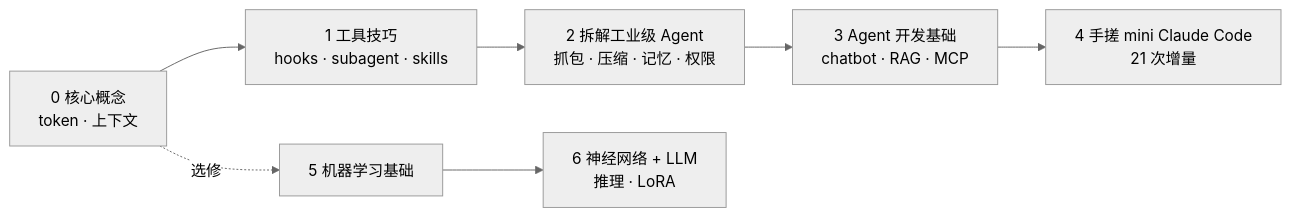
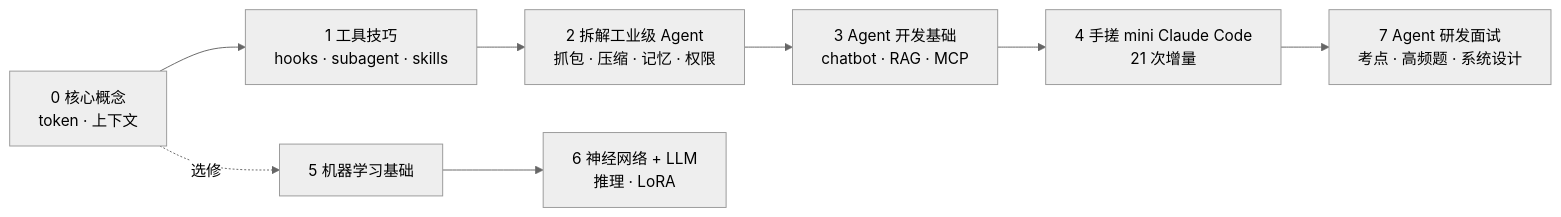
Before and after one commit to advence-liz/agent-learning: the diagram in README.md, drawn with Mermaid (neutral theme). The commit also changed other lines of this file and 13 other files, not shown here.

First line of the commit message:
新增第 7 部分「Agent 研发面试」与 Agent 安全章

````diff
--- a/README.md
+++ b/README.md
@@ -12,8 +12,9 @@
 ```mermaid
 flowchart LR
   P0["0 核心概念<br/>token · 上下文"] --> P1["1 工具技巧<br/>hooks · subagent · skills"]
   P1 --> P2["2 拆解工业级 Agent<br/>抓包 · 压缩 · 记忆 · 权限"]
   P2 --> P3["3 Agent 开发基础<br/>chatbot · RAG · MCP"]
   P3 --> P4["4 手搓 mini Claude Code<br/>21 次增量"]
+  P4 --> P7["7 Agent 研发面试<br/>考点 · 高频题 · 系统设计"]
   P0 -.选修.-> P5["5 机器学习基础"] --> P6["6 神经网络 + LLM<br/>推理 · LoRA"]
 ```
````
